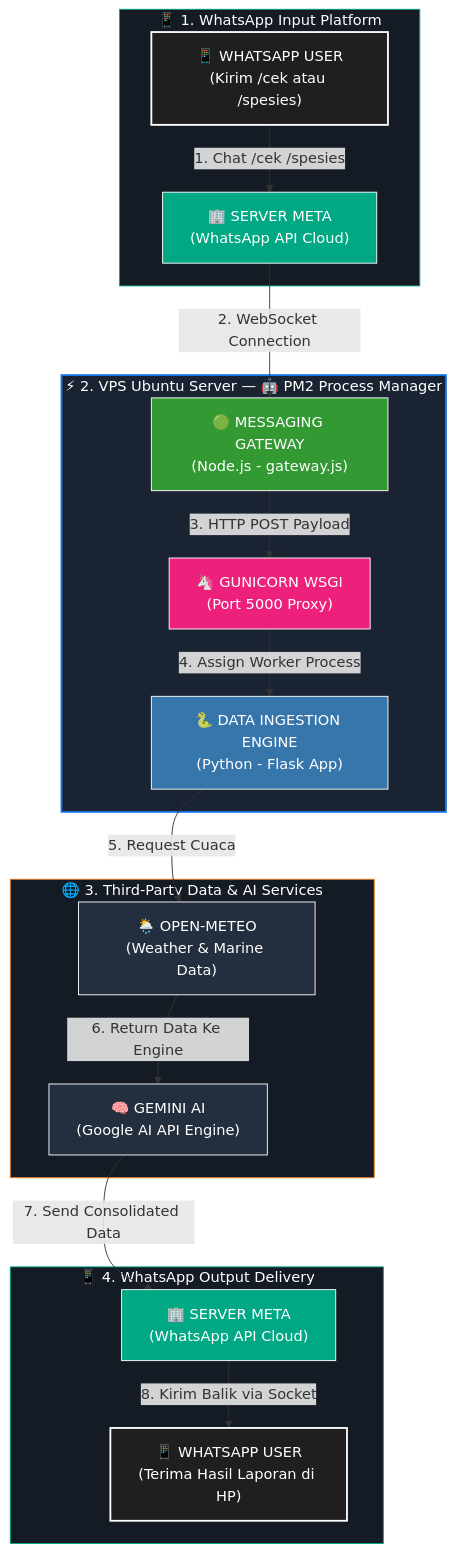
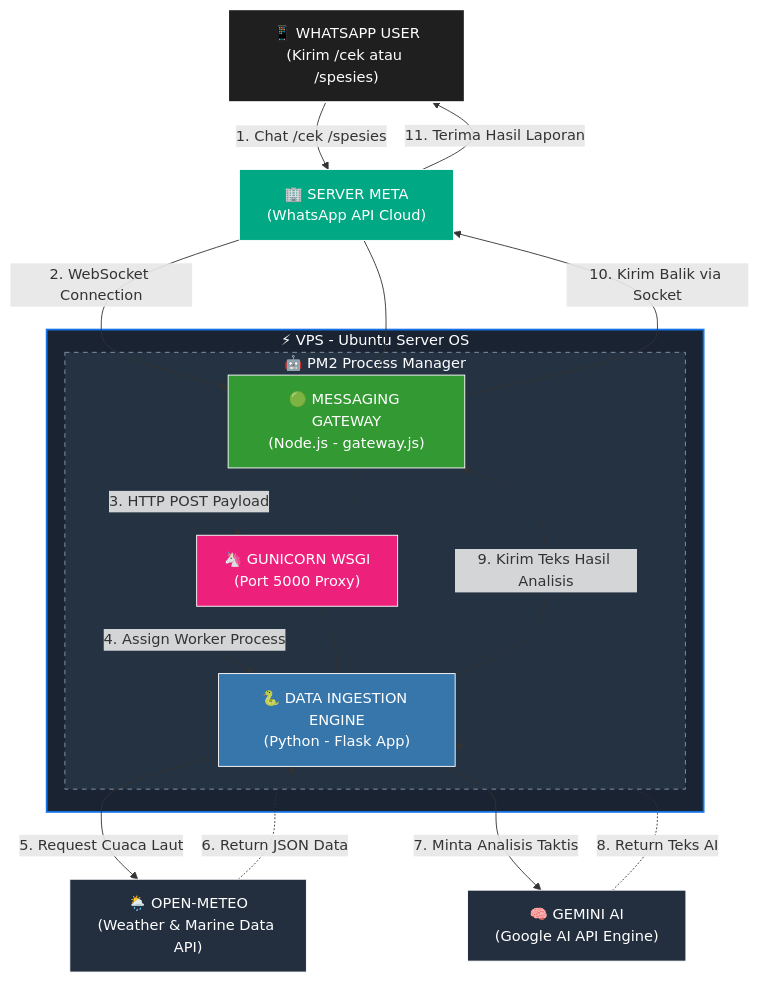
The diagram in content.id/projects/bot-fishing.md (AdienDendra/architect-web), drawn with Mermaid before and after one commit.

```diff
--- a/content.id/projects/bot-fishing.md
+++ b/content.id/projects/bot-fishing.md
@@ -60,62 +60,54 @@
 {{< mermaid >}}
 graph TD
     %% Define Styles
     classDef user fill:#1f1f1f,stroke:#fff,stroke-width:2px,color:#fff;
     classDef meta fill:#00a884,stroke:#fff,stroke-width:1px,color:#fff;
     classDef nodejs fill:#339933,stroke:#fff,stroke-width:1px,color:#fff;
     classDef guni fill:#ed217c,stroke:#fff,stroke-width:1px,color:#fff;
     classDef python fill:#3776AB,stroke:#fff,stroke-width:1px,color:#fff;
     classDef external fill:#232F3E,stroke:#fff,stroke-width:1px,color:#fff;
 
-    %% === LAPIS 1: INPUT PLATFORM ===
-    subgraph IN_SPACE ["📱 1. WhatsApp Input Platform"]
-        UserIn["📱 WHATSAPP USER<br>(Kirim /cek atau /spesies)"]:::user
-        MetaIn["🏢 SERVER META<br>(WhatsApp API Cloud)"]:::meta
+    %% --- OUTSIDE CONTAINER (ATAS) ---
+    User["📱 WHATSAPP USER<br>(Kirim /cek atau /spesies)"]:::user
+    Meta["🏢 SERVER META<br>(WhatsApp API Cloud)"]:::meta
+
+    %% --- INFRASTRUKTUR BOX (TENGAH) ---
+    subgraph VPS ["⚡ VPS - Ubuntu Server OS"]
+        subgraph PM2 ["🤖 PM2 Process Manager"]
+            NodeApp["🟢 MESSAGING GATEWAY<br>(Node.js - gateway.js)"]:::nodejs
+            GuniMaster["🦄 GUNICORN WSGI<br>(Port 5000 Proxy)"]:::guni
+            MainPy["🐍 DATA INGESTION ENGINE<br>(Python - Flask App)"]:::python
+        end
     end
 
-    %% === LAPIS 2: CORE SERVER PROCESSING ===
-    subgraph VPS ["⚡ 2. VPS Ubuntu Server — 🤖 PM2 Process Manager"]
-        NodeApp["🟢 MESSAGING GATEWAY<br>(Node.js - gateway.js)"]:::nodejs
-        GuniMaster["🦄 GUNICORN WSGI<br>(Port 5000 Proxy)"]:::guni
-        MainPy["🐍 DATA INGESTION ENGINE<br>(Python - Flask App)"]:::python
-    end
+    %% --- OUTSIDE CONTAINER (BAWAH) ---
+    BOM["🌦️ OPEN-METEO<br>(Weather & Marine Data API)"]:::external
+    Gemini["🧠 GEMINI AI<br>(Google AI API Engine)"]:::external
 
-    %% === LAPIS 3: EXTERNAL API (KITA PAKSA SEJAJAR DI BAWAH VPS) ===
-    subgraph API_SPACE ["🌐 3. Third-Party Data & AI Services"]
-        BOM["🌦️ OPEN-METEO<br>(Weather & Marine Data)"]:::external
-        Gemini["🧠 GEMINI AI<br>(Google AI API Engine)"]:::external
-    end
-
-    %% === LAPIS 4: OUTPUT PLATFORM ===
-    subgraph OUT_SPACE ["📱 4. WhatsApp Output Delivery"]
-        MetaOut["🏢 SERVER META<br>(WhatsApp API Cloud)"]:::meta
-        UserOut["📱 WHATSAPP USER<br>(Terima Hasil Laporan di HP)"]:::user
-    end
-
-    %% === FLOW ALUR SEKUENSIAL LINEAR (100% TURUN KE BAWAH) ===
-    UserIn -->|1. Chat /cek /spesies| MetaIn
-    MetaIn -->|2. WebSocket Connection| NodeApp
+    %% === FLOW ALUR MASUK (LURUS VERTIKAL KE BAWAH) ===
+    User -->|1. Chat /cek /spesies| Meta
+    Meta -->|2. WebSocket Connection| NodeApp
     NodeApp -->|3. HTTP POST Payload| GuniMaster
     GuniMaster -->|4. Assign Worker Process| MainPy
     
-    %% Alur data dipaksa turun terus ke bawah, tidak memutar balik ke atas
-    MainPy -->|5. Request Cuaca| BOM
-    BOM -->|6. Return Data Ke Engine| Gemini
-    Gemini -->|7. Send Consolidated Data| MetaOut
+    %% === INTERAKSI API DI LEVEL BAWAH ===
+    MainPy -->|5. Request Cuaca Laut| BOM
+    BOM -.->|6. Return JSON Data| MainPy
+    MainPy -->|7. Minta Analisis Taktis| Gemini
+    Gemini -.->|8. Return Teks AI| MainPy
     
-    %% Fase Akhir Pengiriman
-    MetaOut -->|8. Kirim Balik via Socket| UserOut
+    %% === FLOW ALUR KELUAR (LURUS KEMBALI NAIK KE ATAS) ===
+    MainPy -->|9. Kirim Teks Hasil Analisis| NodeApp
+    NodeApp -->|10. Kirim Balik via Socket| Meta
+    Meta -->|11. Terima Hasil Laporan| User
 
-    %% LINK GAIB PENGUNCI GRAVITASI VERTIKAL (Memaksa kotak nempel ke bawah)
-    MainPy ~~~ BOM
-    MainPy ~~~ Gemini
-    BOM ~~~ MetaOut
-    Gemini ~~~ MetaOut
+    %% === TEKNIK KUNCIAN VERTIKAL (Memaksa Urutan Tetap Tegak Lurus) ===
+    Meta --- NodeApp
+    NodeApp --- GuniMaster
+    GuniMaster --- MainPy
 
     %% Style Containers
-    style IN_SPACE fill:#141b24,stroke:#00a884,stroke-width:1px,color:#fff
     style VPS fill:#1a2332,stroke:#1473e6,stroke-width:2px,color:#fff
-    style API_SPACE fill:#141b24,stroke:#f38020,stroke-width:1px,color:#fff
-    style OUT_SPACE fill:#141b24,stroke:#00a884,stroke-width:1px,color:#fff
+    style PM2 fill:#243242,stroke:#8a99ad,stroke-width:1px,stroke-dasharray: 5 5,color:#fff
 
 {{< /mermaid >}}
```
